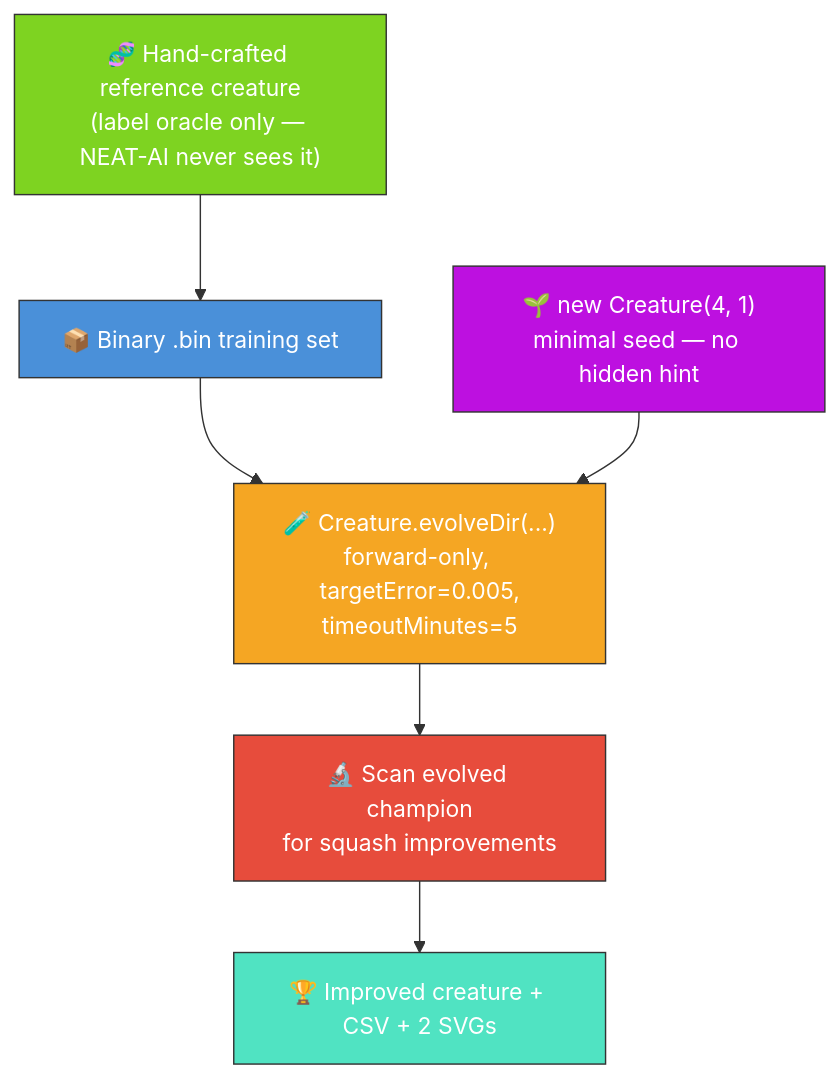
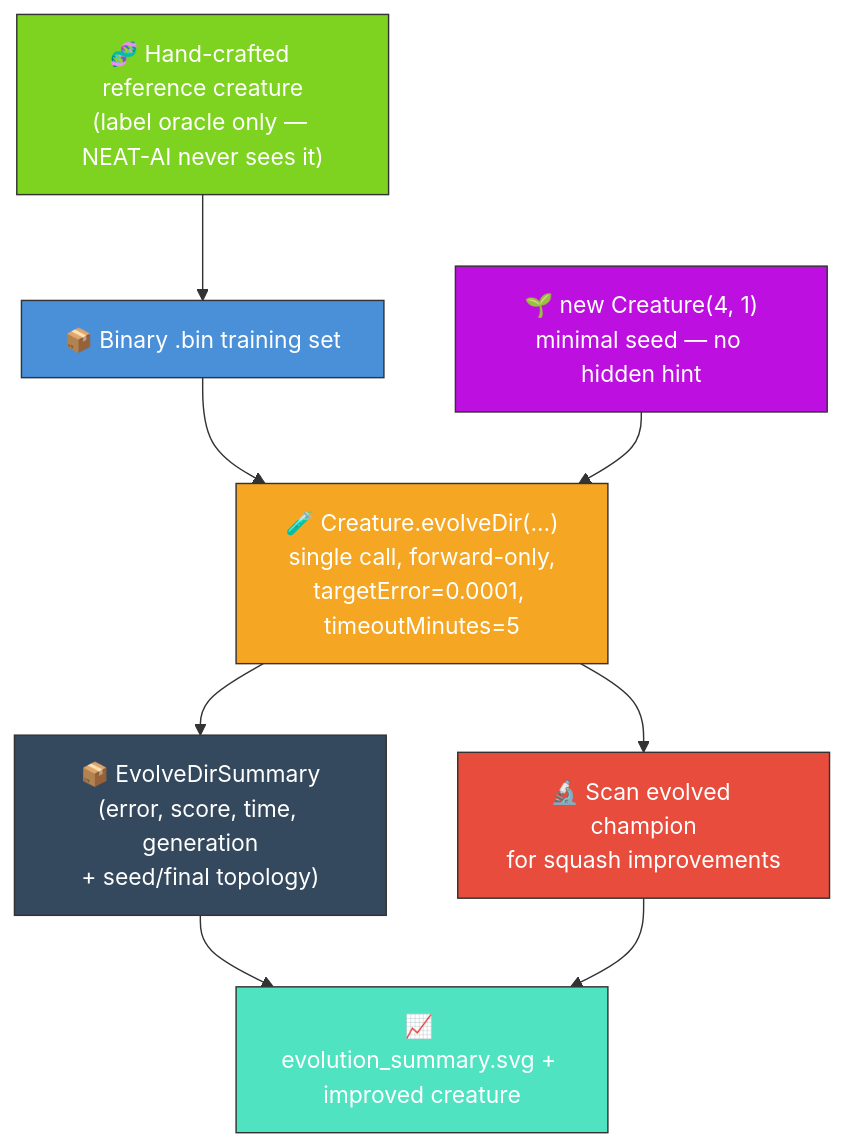
One commit to stSoftwareAU/NEAT-AI-Examples changed the diagram in intelligent_design/README.md. Above: the diagram before and after it, drawn with Mermaid. The commit also changed other lines of this file and 23 other files, not shown here.

````diff
--- a/intelligent_design/README.md
+++ b/intelligent_design/README.md
@@ -11,20 +17,24 @@
 ```mermaid
 flowchart TD
     REF["🧬 Hand-crafted reference creature<br/>(label oracle only — NEAT-AI never sees it)"]
     DATA["📦 Binary .bin training set"]
     SEED["🌱 new Creature(4, 1)<br/>minimal seed — no hidden hint"]
-    EVOLVE["🧪 Creature.evolveDir(...)<br/>forward-only, targetError=0.005,<br/>timeoutMinutes=5"]
+    EVOLVE["🧪 Creature.evolveDir(...)<br/>single call, forward-only,<br/>targetError=0.0001, timeoutMinutes=5"]
+    SUMMARY["📦 EvolveDirSummary<br/>(error, score, time, generation<br/>+ seed/final topology)"]
     SCAN["🔬 Scan evolved champion<br/>for squash improvements"]
-    OUT["🏆 Improved creature + CSV + 2 SVGs"]
+    OUT["📈 evolution_summary.svg + improved creature"]
     REF --> DATA
     DATA --> EVOLVE
     SEED --> EVOLVE
+    EVOLVE --> SUMMARY
     EVOLVE --> SCAN
+    SUMMARY --> OUT
     SCAN --> OUT
     style REF fill:#7ed321,stroke:#333,color:#fff
     style DATA fill:#4a90d9,stroke:#333,color:#fff
     style SEED fill:#bd10e0,stroke:#333,color:#fff
     style EVOLVE fill:#f5a623,stroke:#333,color:#fff
+    style SUMMARY fill:#34495e,stroke:#333,color:#fff
     style SCAN fill:#e74c3c,stroke:#333,color:#fff
     style OUT fill:#50e3c2,stroke:#333,color:#fff
 ```
````
